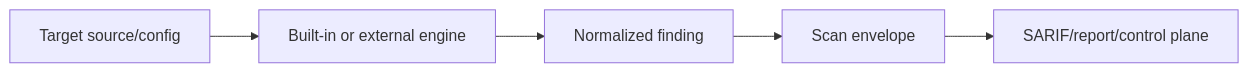
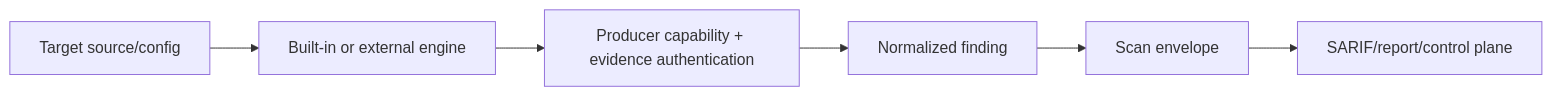
The third of 3 diagrams in docs/ERD.md (ContextualWisdomLab/appguardrail), drawn with Mermaid before and after one commit. The commit also changed other lines of this file, not shown here.

Commit message:
docs: bind detector and workflow evidence provenance

````diff
--- a/docs/ERD.md
+++ b/docs/ERD.md
@@ -146,13 +197,15 @@
 ```mermaid
 flowchart LR
     SRC[Target source/config]
     ENG[Built-in or external engine]
+    AUTH[Producer capability + evidence authentication]
     FIND[Normalized finding]
     SCAN[Scan envelope]
     SARIF[SARIF/report/control plane]
 
     SRC --> ENG
-    ENG --> FIND
+    ENG --> AUTH
+    AUTH --> FIND
     FIND --> SCAN
     SCAN --> SARIF
 ```
````
